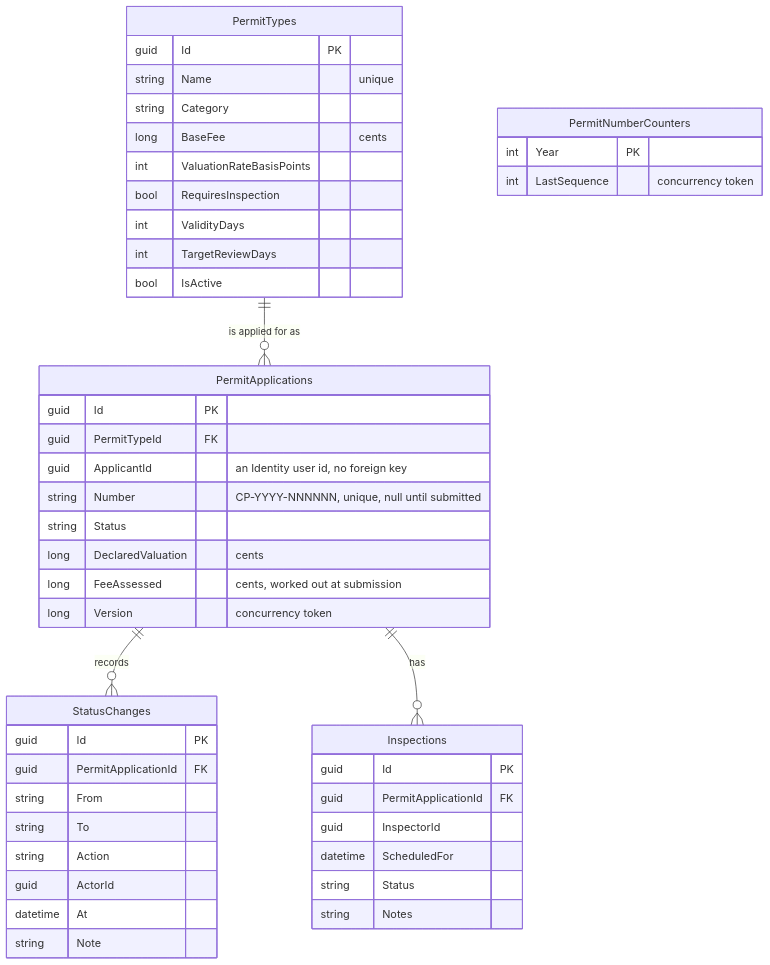
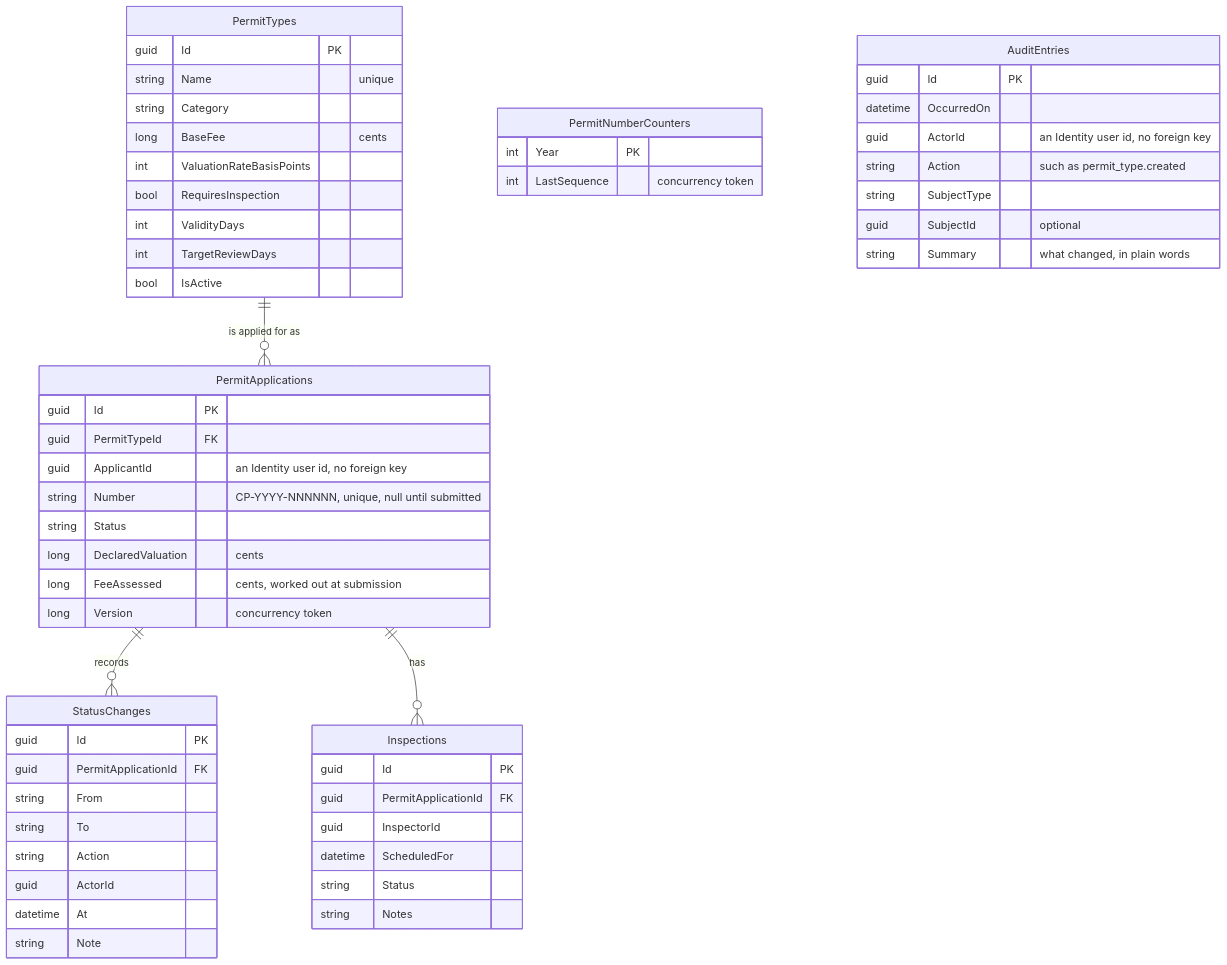
One commit to tsmiley/civic-permits changed the third of 4 diagrams in docs/ARCHITECTURE.md. Above: the diagram before and after it, drawn with Mermaid. The commit also changed other lines of this file and 31 other files, not shown here.

````diff
--- a/docs/ARCHITECTURE.md
+++ b/docs/ARCHITECTURE.md
@@ -87,49 +87,58 @@
 ```mermaid
 erDiagram
     PermitTypes ||--o{ PermitApplications : "is applied for as"
     PermitApplications ||--o{ StatusChanges : "records"
     PermitApplications ||--o{ Inspections : "has"
     PermitNumberCounters {
         int Year PK
         int LastSequence "concurrency token"
     }
     PermitTypes {
         guid Id PK
         string Name "unique"
         string Category
         long BaseFee "cents"
         int ValuationRateBasisPoints
         bool RequiresInspection
         int ValidityDays
         int TargetReviewDays
         bool IsActive
     }
     PermitApplications {
         guid Id PK
         guid PermitTypeId FK
         guid ApplicantId "an Identity user id, no foreign key"
         string Number "CP-YYYY-NNNNNN, unique, null until submitted"
         string Status
         long DeclaredValuation "cents"
         long FeeAssessed "cents, worked out at submission"
         long Version "concurrency token"
     }
     StatusChanges {
         guid Id PK
         guid PermitApplicationId FK
         string From
         string To
         string Action
         guid ActorId
         datetime At
         string Note
     }
     Inspections {
         guid Id PK
         guid PermitApplicationId FK
         guid InspectorId
         datetime ScheduledFor
         string Status
         string Notes
     }
+    AuditEntries {
+        guid Id PK
+        datetime OccurredOn
+        guid ActorId "an Identity user id, no foreign key"
+        string Action "such as permit_type.created"
+        string SubjectType
+        guid SubjectId "optional"
+        string Summary "what changed, in plain words"
+    }
 ```
````
